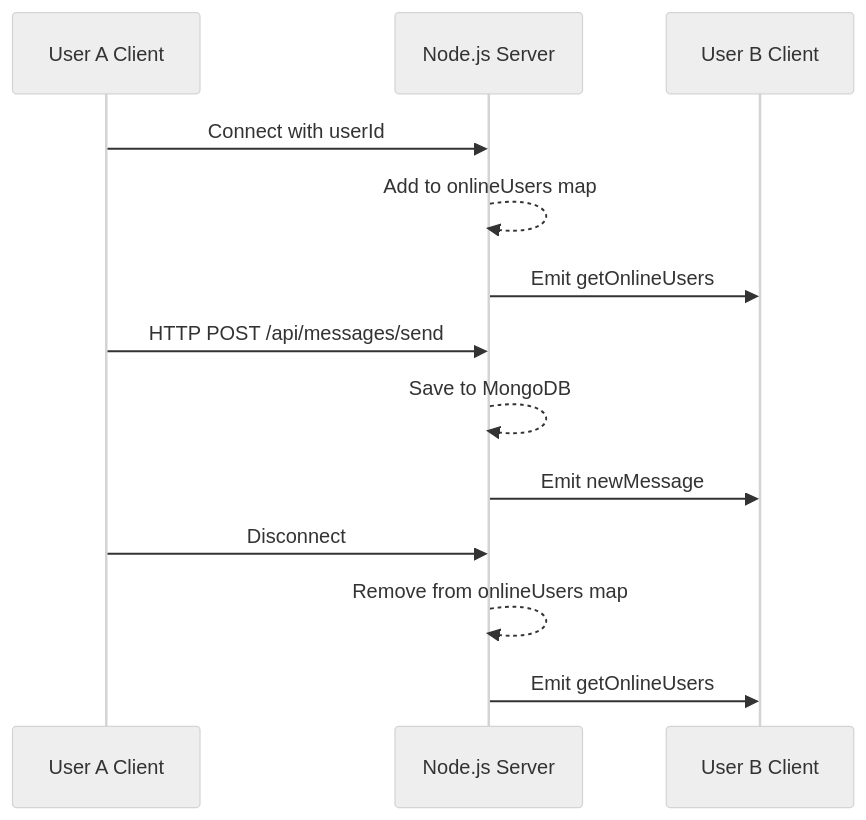
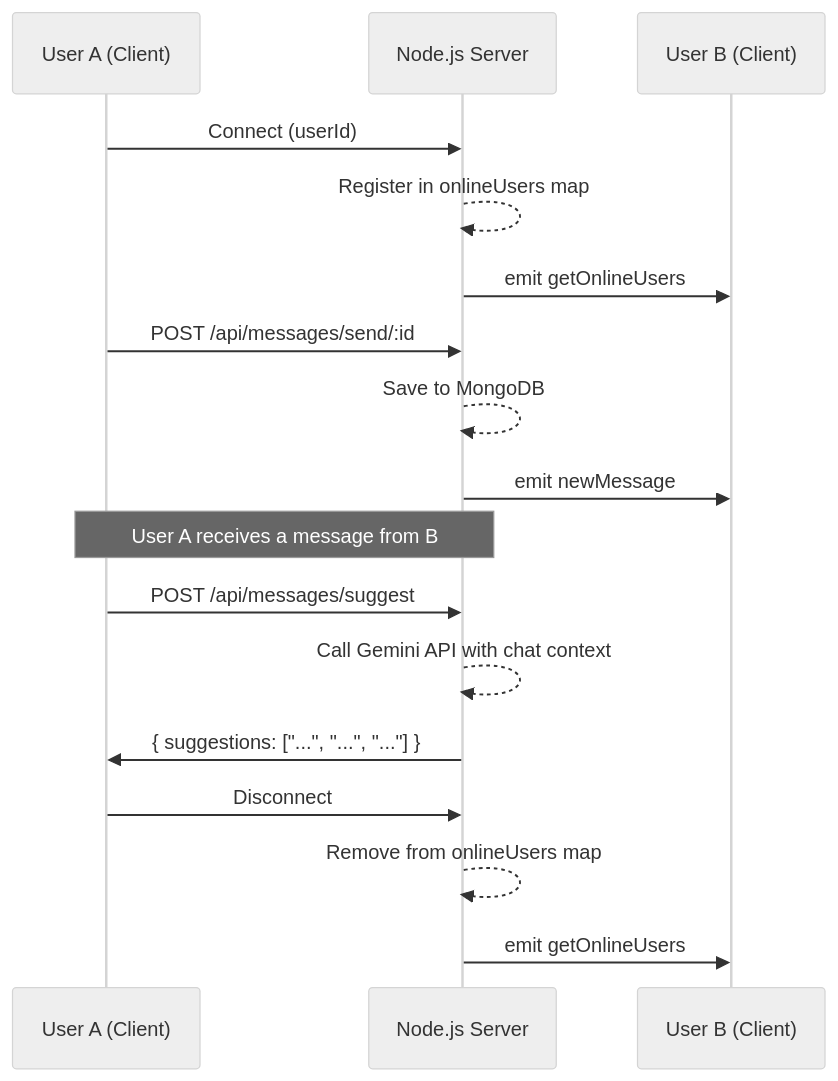
One commit to Sid-LD/SocketSphere changed the second of 2 diagrams in README.md. Above: the diagram before and after it, drawn with Mermaid (neutral theme). The commit also changed other lines of this file and 3 other files, not shown here.

````diff
--- a/README.md
+++ b/README.md
@@ -54,18 +74,23 @@
 ```mermaid
 sequenceDiagram
-    participant UserA as User A Client
-    participant Server as Node.js Server
-    participant UserB as User B Client
+    participant A as User A (Client)
+    participant S as Node.js Server
+    participant B as User B (Client)
 
-    UserA->>Server: Connect with userId
-    Server-->>Server: Add to onlineUsers map
-    Server->>UserB: Emit getOnlineUsers
-    
-    UserA->>Server: HTTP POST /api/messages/send
-    Server-->>Server: Save to MongoDB
-    Server->>UserB: Emit newMessage
-    
-    UserA->>Server: Disconnect
-    Server-->>Server: Remove from onlineUsers map
-    Server->>UserB: Emit getOnlineUsers
+    A->>S: Connect (userId)
+    S-->>S: Register in onlineUsers map
+    S->>B: emit getOnlineUsers
+
+    A->>S: POST /api/messages/send/:id
+    S-->>S: Save to MongoDB
+    S->>B: emit newMessage
+
+    Note over A,S: User A receives a message from B
+    A->>S: POST /api/messages/suggest
+    S-->>S: Call Gemini API with chat context
+    S->>A: { suggestions: ["...", "...", "..."] }
+
+    A->>S: Disconnect
+    S-->>S: Remove from onlineUsers map
+    S->>B: emit getOnlineUsers
 ```
````
